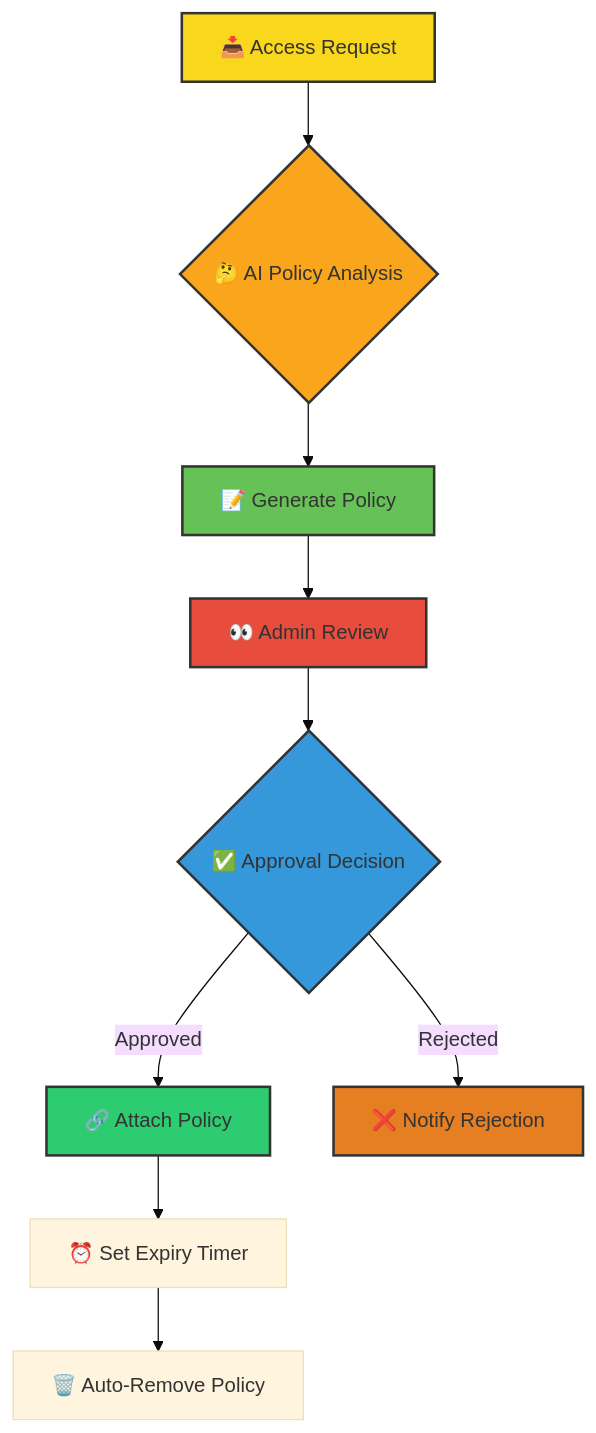
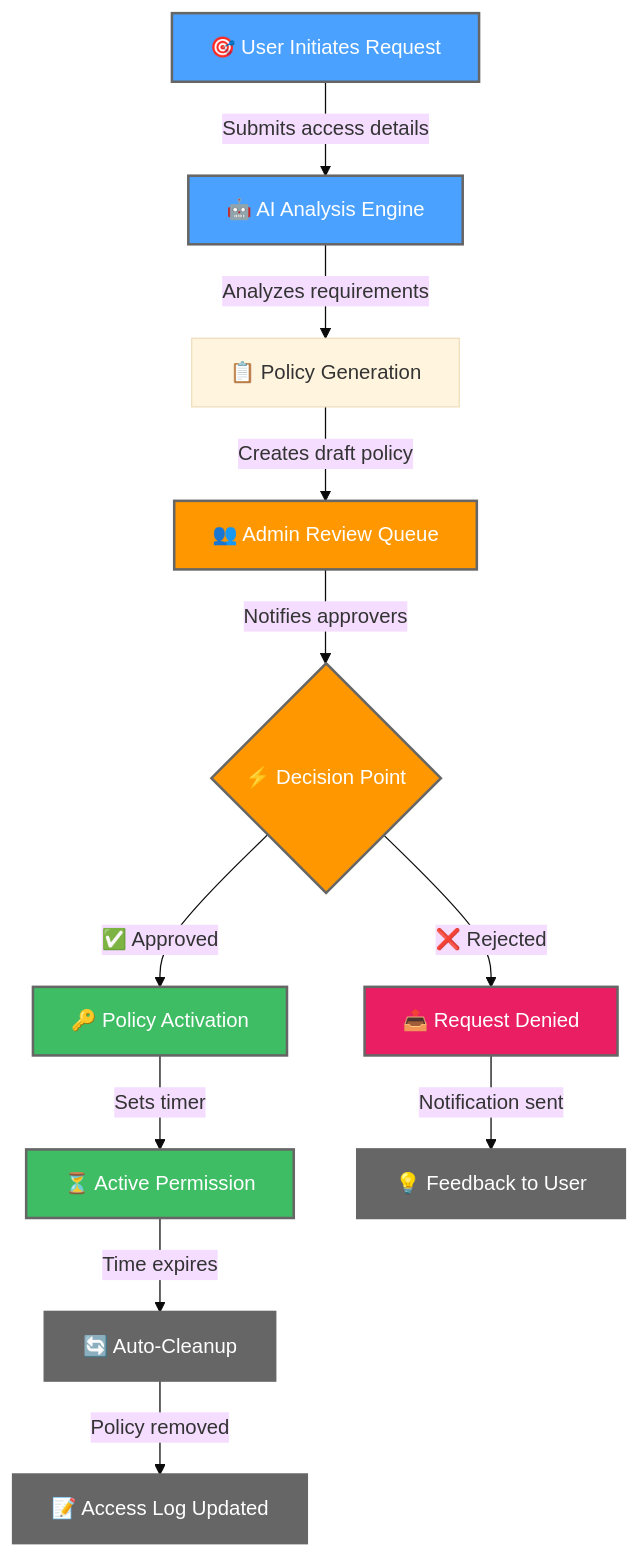
Before and after one commit to kubiyabot/terraform-modules: the first of 2 diagrams in jit-permissions-guardians/README.md, drawn with Mermaid (base theme). The commit also changed other lines of this file, not shown here.

````diff
--- a/jit-permissions-guardians/README.md
+++ b/jit-permissions-guardians/README.md
@@ -23,19 +23,25 @@
 ```mermaid
 graph TD
-    A[📥 Access Request] --> B{🤔 AI Policy Analysis}
-    B --> C[📝 Generate Policy]
-    C --> D[👀 Admin Review]
-    D --> E{✅ Approval Decision}
-    E -->|Approved| F[🔗 Attach Policy]
-    E -->|Rejected| G[❌ Notify Rejection]
-    F --> H[⏰ Set Expiry Timer]
-    H --> I[🗑️ Auto-Remove Policy]
+    A[🎯 User Initiates Request] -->|Submits access details| B[🤖 AI Analysis Engine]
+    B -->|Analyzes requirements| C[📋 Policy Generation]
+    C -->|Creates draft policy| D[👥 Admin Review Queue]
+    D -->|Notifies approvers| E{⚡ Decision Point}
+    E -->|✅ Approved| F[🔑 Policy Activation]
+    E -->|❌ Rejected| G[📤 Request Denied]
+    F -->|Sets timer| H[⏳ Active Permission]
+    H -->|Time expires| I[🔄 Auto-Cleanup]
+    G -->|Notification sent| J[💡 Feedback to User]
+    I -->|Policy removed| K[📝 Access Log Updated]
     
-    style A fill:#f9d71c,stroke:#333,stroke-width:2px
-    style B fill:#f9a61c,stroke:#333,stroke-width:2px
-    style C fill:#66c256,stroke:#333,stroke-width:2px
-    style D fill:#e74c3c,stroke:#333,stroke-width:2px
-    style E fill:#3498db,stroke:#333,stroke-width:2px
-    style F fill:#2ecc71,stroke:#333,stroke-width:2px
-    style G fill:#e67e22,stroke:#333,stroke-width:2px
+    classDef primary fill:#4aa1ff,stroke:#666,stroke-width:2px,color:#fff
+    classDef success fill:#3ebd64,stroke:#666,stroke-width:2px,color:#fff
+    classDef warning fill:#ff9800,stroke:#666,stroke-width:2px,color:#fff
+    classDef danger fill:#e91e63,stroke:#666,stroke-width:2px,color:#fff
+    classDef info fill:#666666,stroke:#666,stroke-width:2px,color:#fff
+    
+    class A,B primary
+    class F,H success
+    class E,D warning
+    class G danger
+    class I,J,K info
 ```
````
